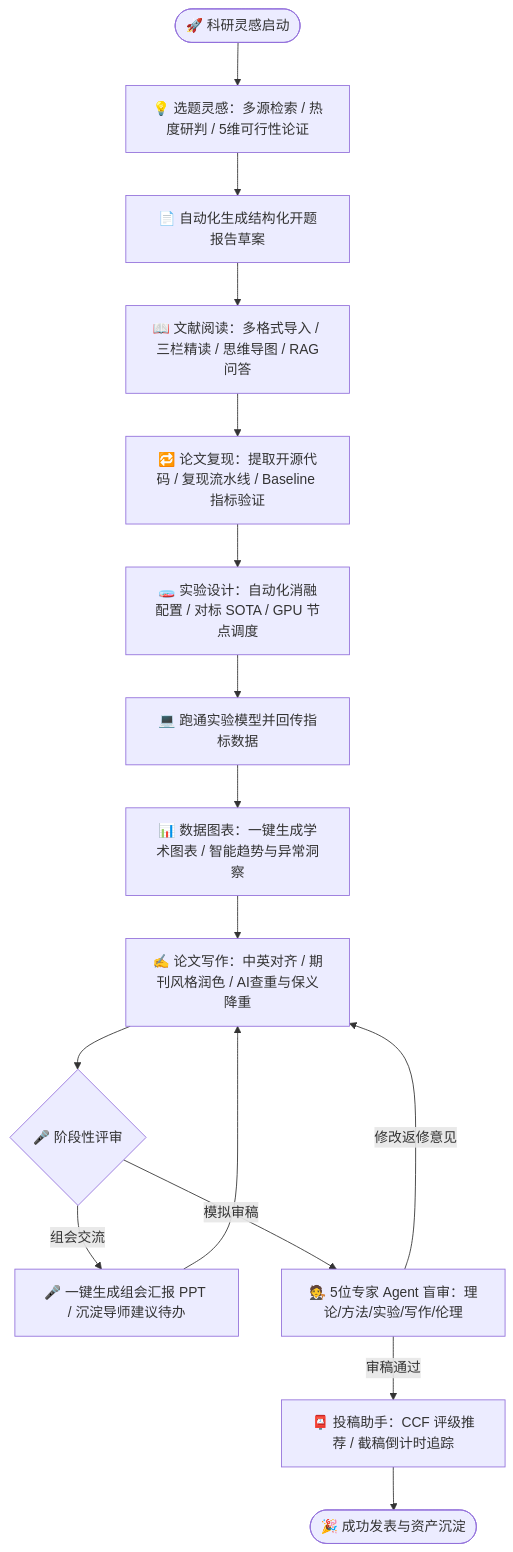
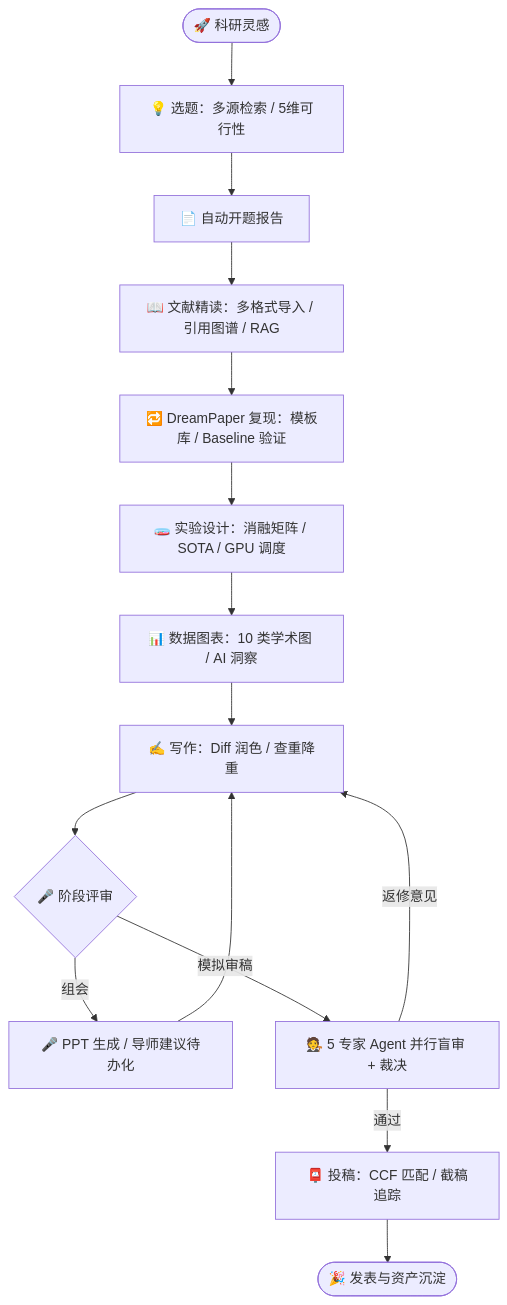
Before and after one commit to wyxpro/ScienceX: the second of 2 diagrams in README.md, drawn with Mermaid. The commit also changed other lines of this file, not shown here.

````diff
--- a/README.md
+++ b/README.md
@@ -203,23 +186,17 @@
 ```mermaid
 flowchart TD
-    Start([🚀 科研灵感启动]) --> Topic[💡 选题灵感：多源检索 / 热度研判 / 5维可行性论证]
-    Topic --> Proposal[📄 自动化生成结构化开题报告草案]
-    Proposal --> Read[📖 文献阅读：多格式导入 / 三栏精读 / 思维导图 / RAG问答]
-
-    Read --> Reproduce[🔁 论文复现：提取开源代码 / 复现流水线 / Baseline 指标验证]
-    Reproduce --> Design[🧫 实验设计：自动化消融配置 / 对标 SOTA / GPU 节点调度]
-    Design --> RunExp[💻 跑通实验模型并回传指标数据]
-
-    RunExp --> Analysis[📊 数据图表：一键生成学术图表 / 智能趋势与异常洞察]
-    Analysis --> Writing[✍️ 论文写作：中英对齐 / 期刊风格润色 / AI查重与保义降重]
-
-    Writing --> InternalReview{🎤 阶段性评审}
-    InternalReview -->|组会交流| Deck[🎤 一键生成组会汇报 PPT / 沉淀导师建议待办]
-    InternalReview -->|模拟审稿| Council[🧑‍⚖️ 5位专家 Agent 盲审：理论/方法/实验/写作/伦理]
-
+    Start([🚀 科研灵感]) --> Topic[💡 选题：多源检索 / 5维可行性]
+    Topic --> Proposal[📄 自动开题报告]
+    Proposal --> Read[📖 文献精读：多格式导入 / 引用图谱 / RAG]
+    Read --> Reproduce[🔁 DreamPaper 复现：模板库 / Baseline 验证]
+    Reproduce --> Design[🧫 实验设计：消融矩阵 / SOTA / GPU 调度]
+    Design --> Analysis[📊 数据图表：10 类学术图 / AI 洞察]
+    Analysis --> Writing[✍️ 写作：Diff 润色 / 查重降重]
+    Writing --> Check{🎤 阶段评审}
+    Check -->|组会| Deck[🎤 PPT 生成 / 导师建议待办化]
+    Check -->|模拟审稿| Council[🧑‍⚖️ 5 专家 Agent 并行盲审 + 裁决]
     Deck --> Writing
-    Council -->|修改返修意见| Writing
-    Council -->|审稿通过| Submission[📮 投稿助手：CCF 评级推荐 / 截稿倒计时追踪]
-
-    Submission --> Published([🎉 成功发表与资产沉淀])
+    Council -->|返修意见| Writing
+    Council -->|通过| Submit[📮 投稿：CCF 匹配 / 截稿追踪]
+    Submit --> Done([🎉 发表与资产沉淀])
 ```
````
